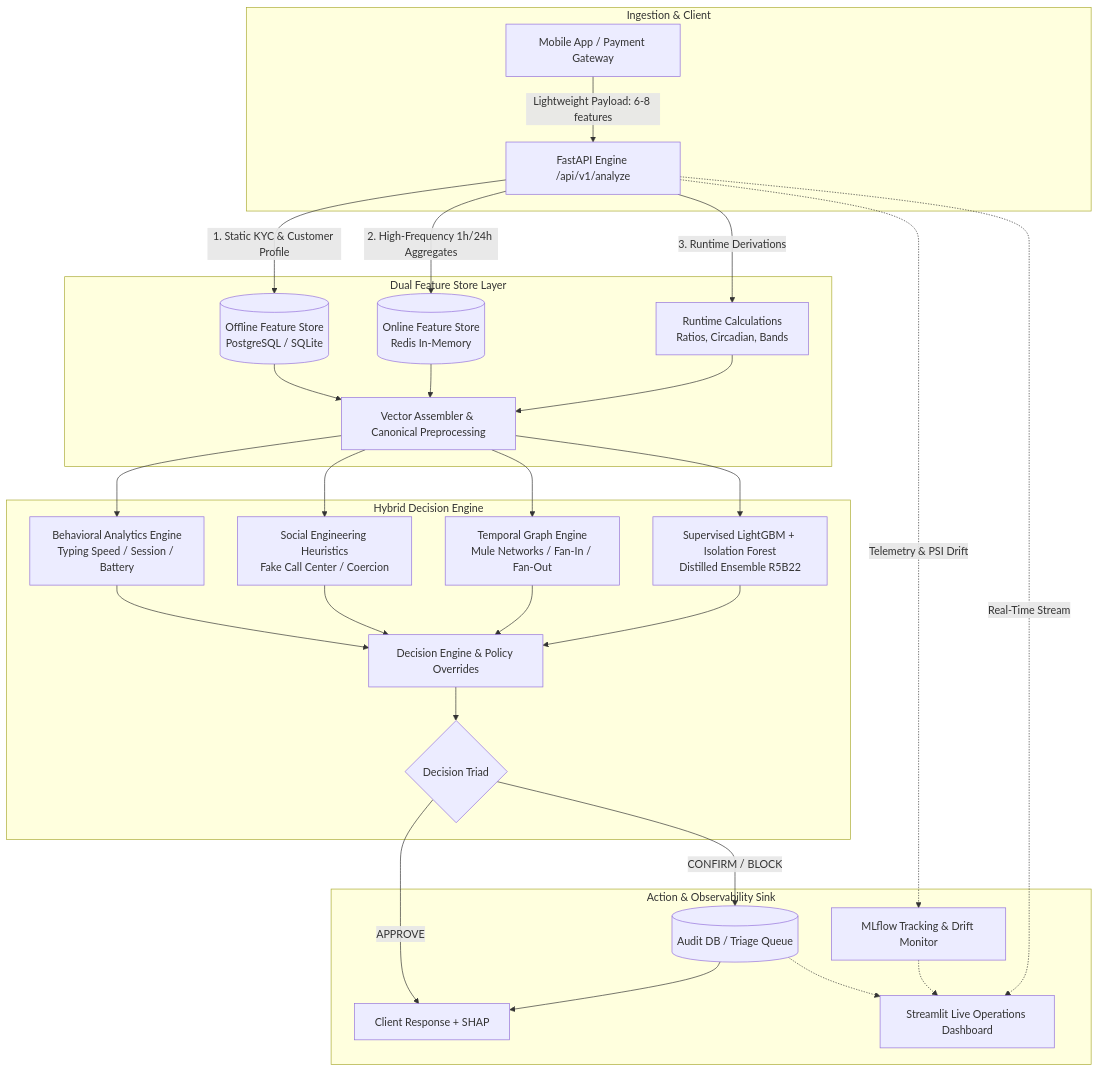
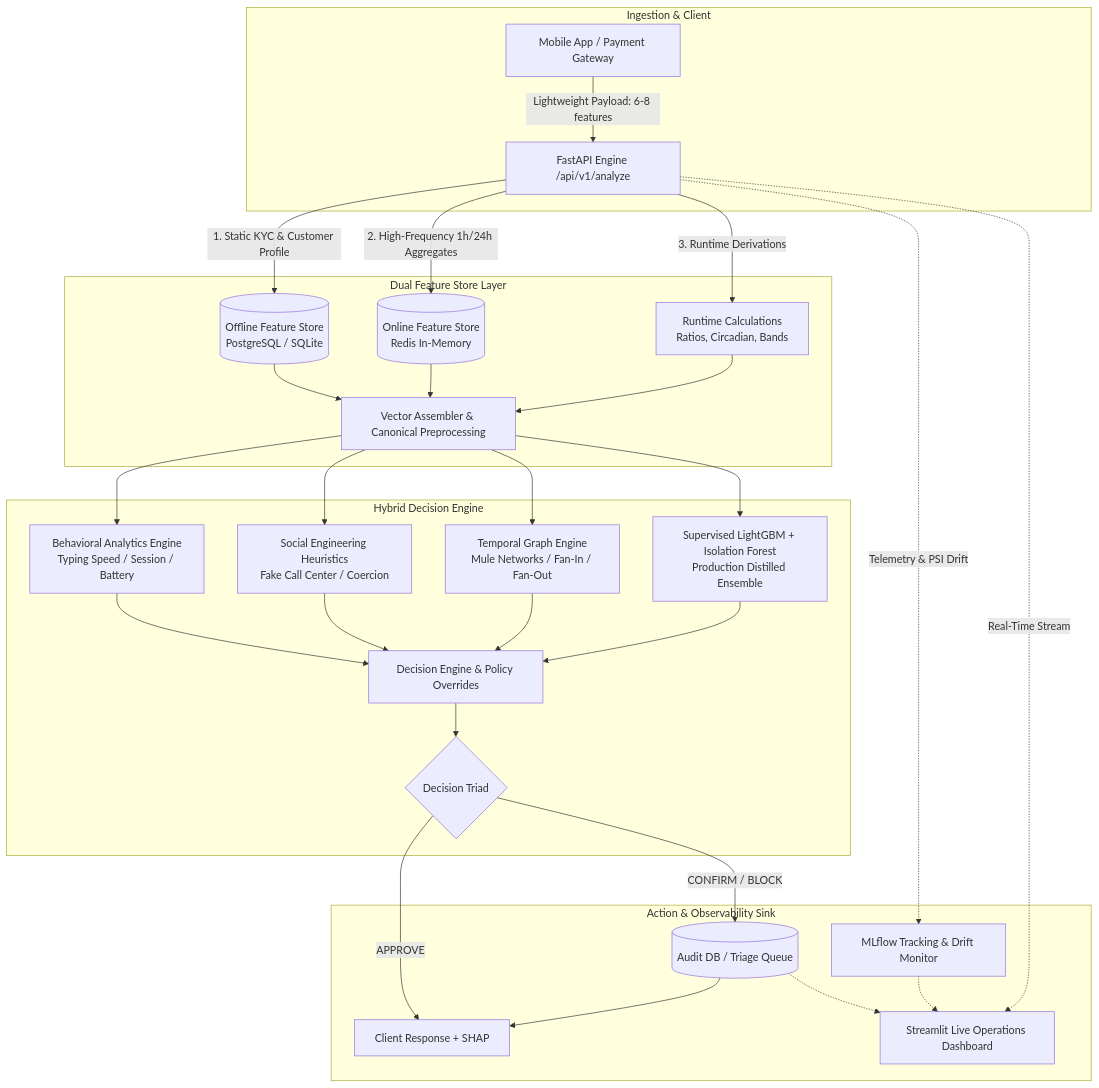
The diagram in README.md (Masteradilio/sentinel_pix), drawn with Mermaid before and after one commit. The commit also changed other lines of this file and 4 other files, not shown here.

````diff
--- a/README.md
+++ b/README.md
@@ -34,32 +34,32 @@
 ```mermaid
 flowchart TD
     subgraph Ingestion & Client
         A[Mobile App / Payment Gateway] -->|Lightweight Payload: 6-8 features| B[FastAPI Engine /api/v1/analyze]
     end
 
     subgraph Dual Feature Store Layer
         B -->|1. Static KYC & Customer Profile| C1[(Offline Feature Store<br/>PostgreSQL / SQLite)]
         B -->|2. High-Frequency 1h/24h Aggregates| C2[(Online Feature Store<br/>Redis In-Memory)]
         B -->|3. Runtime Derivations| C3[Runtime Calculations<br/>Ratios, Circadian, Bands]
         C1 & C2 & C3 --> D[Vector Assembler & Canonical Preprocessing]
     end
 
     subgraph Hybrid Decision Engine
         D --> E1[Behavioral Analytics Engine<br/>Typing Speed / Session / Battery]
         D --> E2[Social Engineering Heuristics<br/>Fake Call Center / Coercion]
         D --> E3[Temporal Graph Engine<br/>Mule Networks / Fan-In / Fan-Out]
-        D --> E4[Supervised LightGBM + Isolation Forest<br/>Distilled Ensemble R5B22]
+        D --> E4[Supervised LightGBM + Isolation Forest<br/>Production Distilled Ensemble]
         E1 & E2 & E3 & E4 --> F[Decision Engine & Policy Overrides]
         F --> G{Decision Triad}
     end
 
     subgraph Action & Observability Sink
         G -->|APPROVE| H1[Client Response + SHAP]
         G -->|CONFIRM / BLOCK| H2[(Audit DB / Triage Queue)]
         H2 --> H1
         B -.->|Telemetry & PSI Drift| I[MLflow Tracking & Drift Monitor]
         B -.->|Real-Time Stream| J[Streamlit Live Operations Dashboard]
         I -.-> J
         H2 -.-> J
     end
 ```
````
